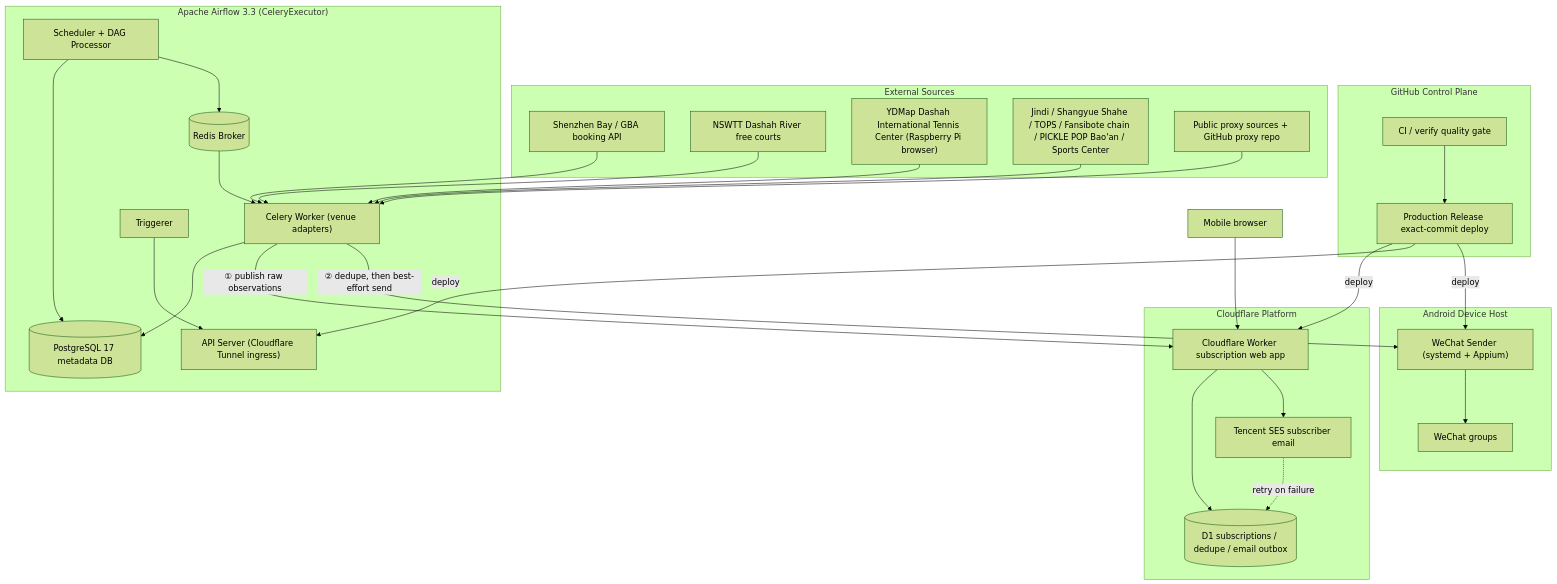
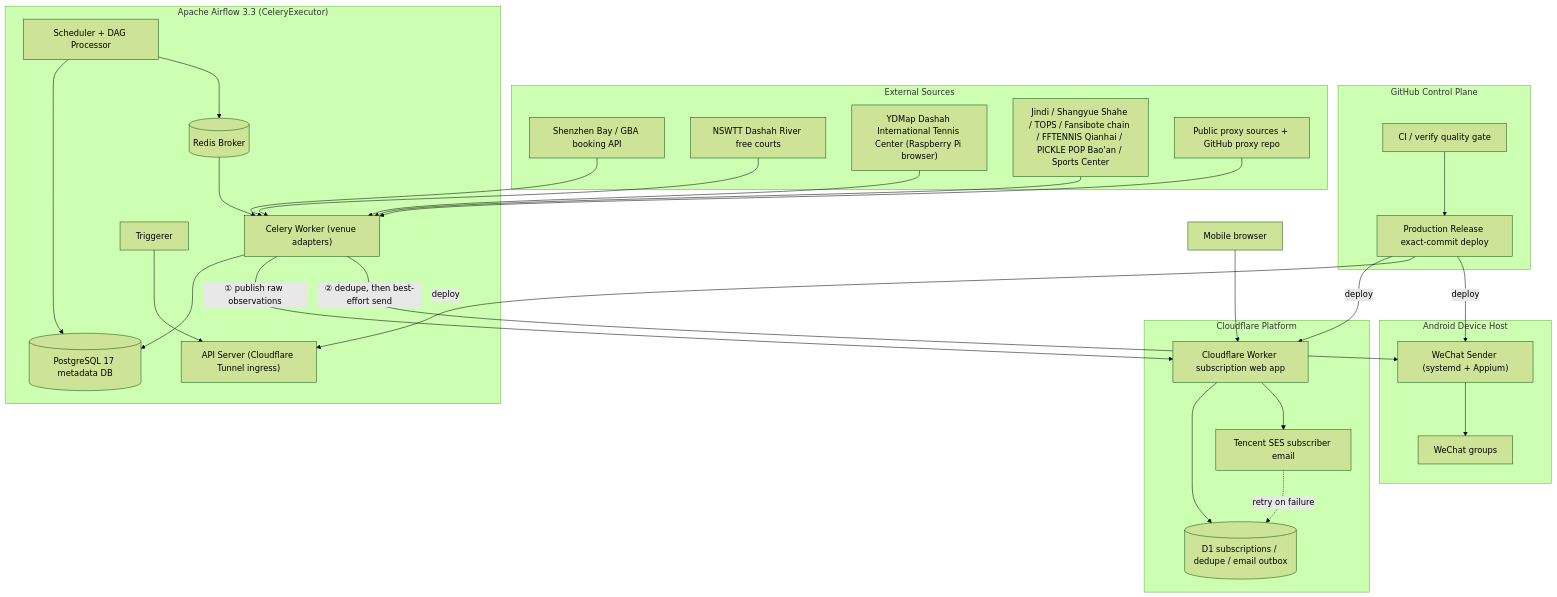
One commit to claude89757/wechat-on-airflow changed the diagram in README.en.md. Above: the diagram before and after it, drawn with Mermaid (forest theme). The commit also changed other lines of this file and 23 other files, not shown here.

Commit message:
feat: integrate FFTENNIS Qianhai venue

````diff
--- a/README.en.md
+++ b/README.en.md
@@ -24,60 +24,60 @@
 ```mermaid
 flowchart TB
     subgraph control["GitHub Control Plane"]
         CI["CI / verify quality gate"]
         Release["Production Release exact-commit deploy"]
         CI --> Release
     end
 
     subgraph sources["External Sources"]
         SZ["Shenzhen Bay / GBA booking API"]
         NSWTT["NSWTT Dashah River free courts"]
         YDMAP["YDMap Dashah International Tennis Center (Raspberry Pi browser)"]
-        VENUES["Jindi / Shangyue Shahe / TOPS / Fansibote chain / PICKLE POP Bao'an / Sports Center"]
+        VENUES["Jindi / Shangyue Shahe / TOPS / Fansibote chain / FFTENNIS Qianhai / PICKLE POP Bao'an / Sports Center"]
         PROXY["Public proxy sources + GitHub proxy repo"]
     end
 
     subgraph airflow["Apache Airflow 3.3 (CeleryExecutor)"]
         Scheduler["Scheduler + DAG Processor"]
         Worker["Celery Worker (venue adapters)"]
         Triggerer["Triggerer"]
         DB[("PostgreSQL 17 metadata DB")]
         Redis[("Redis Broker")]
         ApiSrv["API Server (Cloudflare Tunnel ingress)"]
         Scheduler --> DB
         Scheduler --> Redis
         Redis --> Worker
         Worker --> DB
         Triggerer --> ApiSrv
     end
 
     subgraph cf["Cloudflare Platform"]
         WebApp["Cloudflare Worker subscription web app"]
         D1[("D1 subscriptions / dedupe / email outbox")]
         SES["Tencent SES subscriber email"]
         WebApp --> D1
         WebApp --> SES
         SES -. retry on failure .-> D1
     end
 
     subgraph android["Android Device Host"]
         Sender["WeChat Sender (systemd + Appium)"]
         Chat["WeChat groups"]
         Sender --> Chat
     end
 
     Browser["Mobile browser"] --> WebApp
 
     SZ --> Worker
     NSWTT --> Worker
     YDMAP --> Worker
     VENUES --> Worker
     PROXY --> Worker
 
     Worker -->|"① publish raw observations"| WebApp
     Worker -->|"② dedupe, then best-effort send"| Sender
 
     Release -->|"deploy"| WebApp
     Release -->|"deploy"| ApiSrv
     Release -->|"deploy"| Sender
 ```
````
